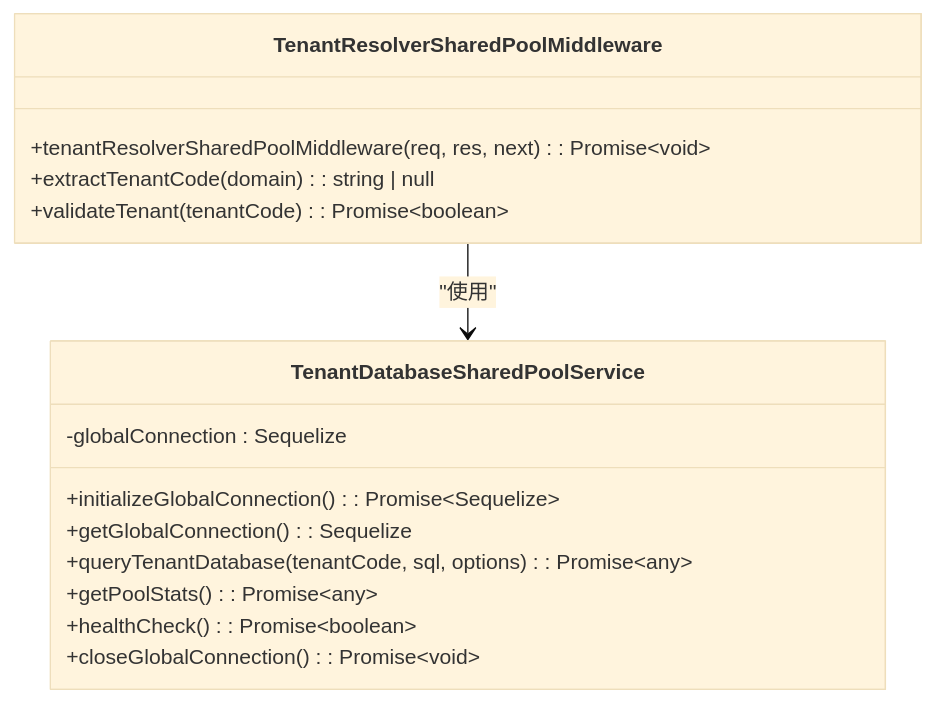
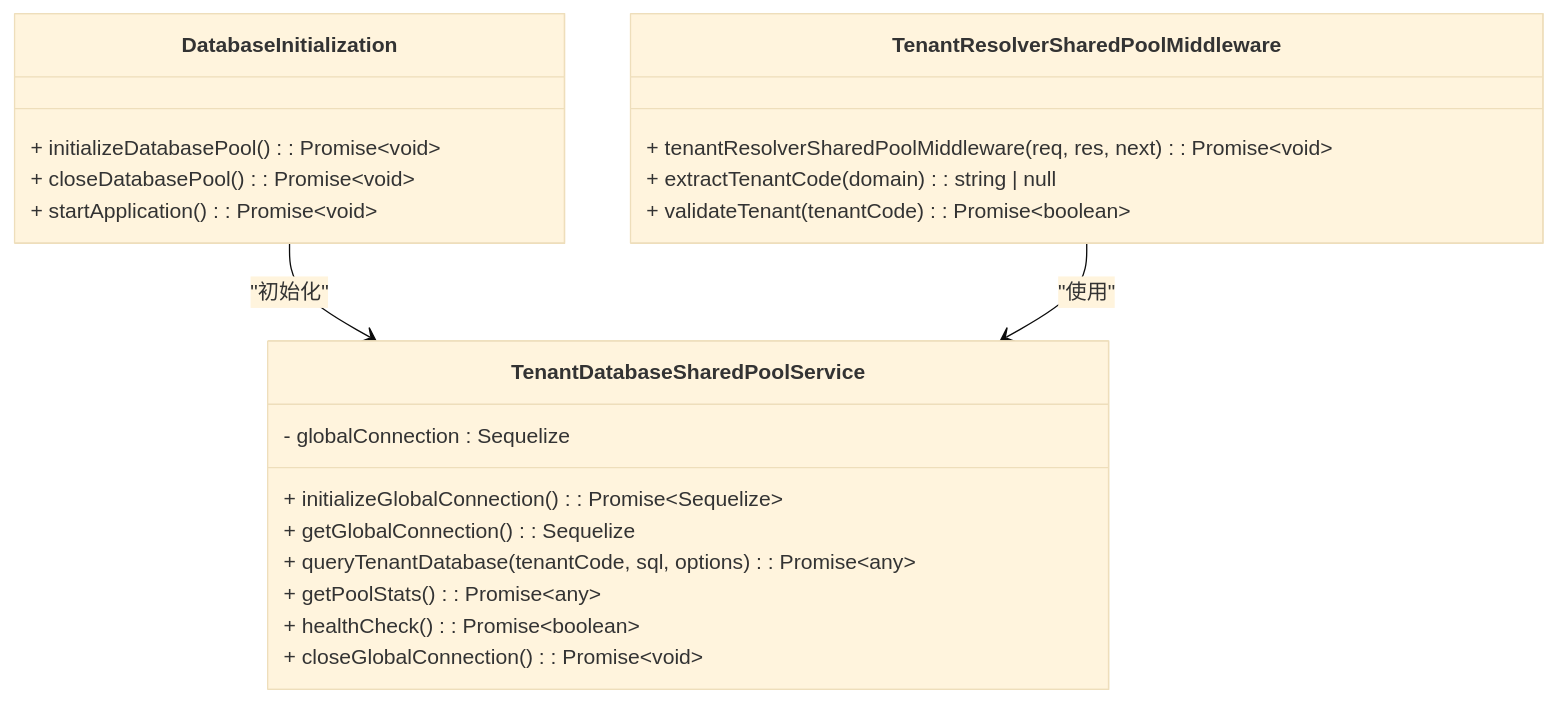
The second of 3 diagrams in .qoder/repowiki/zh/content/多租户系统/数据隔离机制/数据库隔离策略/数据库隔离策略.md (yyupcompany/kyyupgame), drawn with Mermaid (base theme) before and after one commit. The commit also changed other lines of this file and 1273 other files, not shown here.

````diff
--- a/.qoder/repowiki/zh/content/多租户系统/数据隔离机制/数据库隔离策略/数据库隔离策略.md
+++ b/.qoder/repowiki/zh/content/多租户系统/数据隔离机制/数据库隔离策略/数据库隔离策略.md
@@ -54,18 +120,24 @@
 ```mermaid
 classDiagram
 class TenantDatabaseSharedPoolService {
--globalConnection : Sequelize
-+initializeGlobalConnection() : Promise~Sequelize~
-+getGlobalConnection() : Sequelize
-+queryTenantDatabase(tenantCode, sql, options) : Promise~any~
-+getPoolStats() : Promise~any~
-+healthCheck() : Promise~boolean~
-+closeGlobalConnection() : Promise~void~
+- globalConnection : Sequelize
++ initializeGlobalConnection() : Promise~Sequelize~
++ getGlobalConnection() : Sequelize
++ queryTenantDatabase(tenantCode, sql, options) : Promise~any~
++ getPoolStats() : Promise~any~
++ healthCheck() : Promise~boolean~
++ closeGlobalConnection() : Promise~void~
 }
 class TenantResolverSharedPoolMiddleware {
-+tenantResolverSharedPoolMiddleware(req, res, next) : Promise~void~
-+extractTenantCode(domain) : string | null
-+validateTenant(tenantCode) : Promise~boolean~
++ tenantResolverSharedPoolMiddleware(req, res, next) : Promise~void~
++ extractTenantCode(domain) : string | null
++ validateTenant(tenantCode) : Promise~boolean~
 }
+class DatabaseInitialization {
++ initializeDatabasePool() : Promise~void~
++ closeDatabasePool() : Promise~void~
++ startApplication() : Promise~void~
+}
+DatabaseInitialization --> TenantDatabaseSharedPoolService : "初始化"
 TenantResolverSharedPoolMiddleware --> TenantDatabaseSharedPoolService : "使用"
 ```
````
